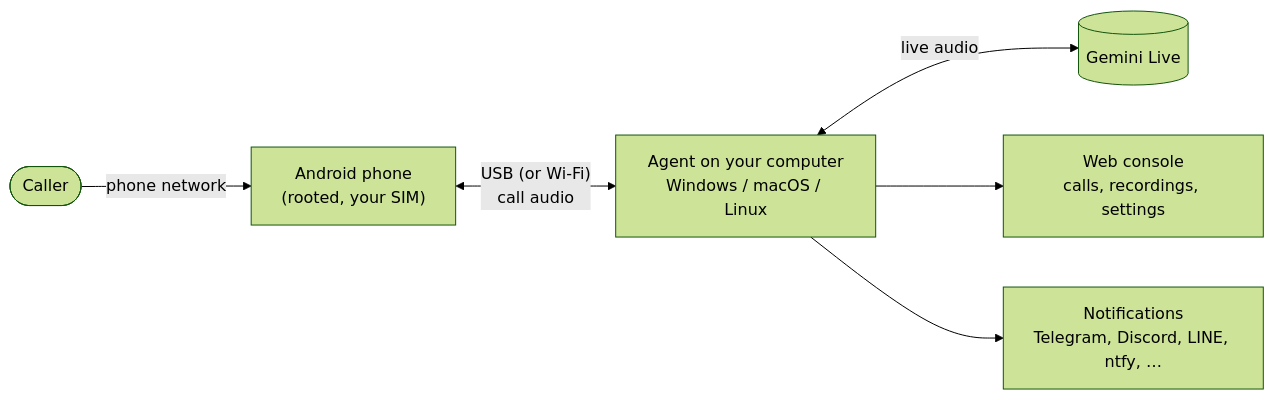
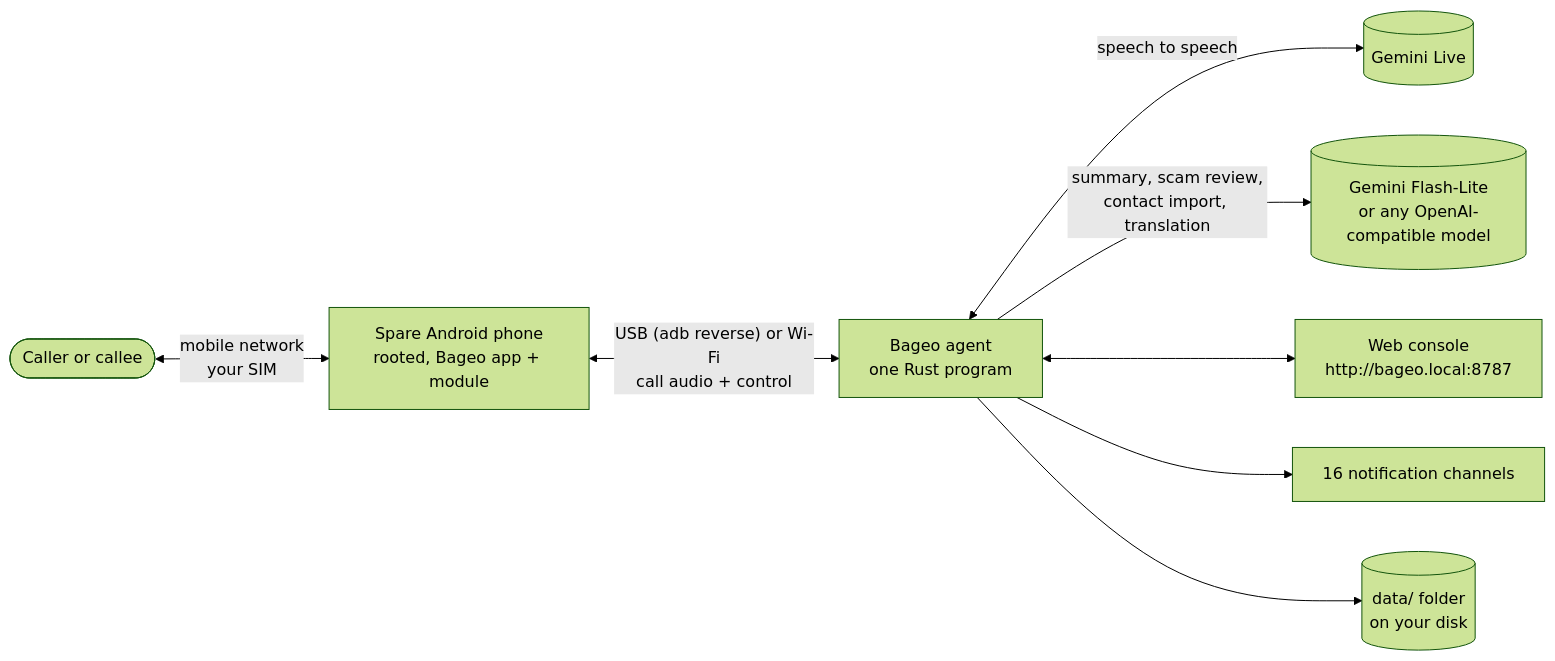
One commit to h4lo-void/bageo-call changed the first of 2 diagrams in README.md. Above: the diagram before and after it, drawn with Mermaid (forest theme). The commit also changed other lines of this file and 47 other files, not shown here.

````diff
--- a/README.md
+++ b/README.md
@@ -25,8 +57,10 @@
 ```mermaid
 flowchart LR
-    caller([Caller]) -- phone network --> phone["Android phone<br/>(rooted, your SIM)"]
-    phone <-- "USB (or Wi-Fi)<br/>call audio" --> agent["Agent on your computer<br/>Windows / macOS / Linux"]
-    agent <-- "live audio" --> gemini[(Gemini Live)]
-    agent --> console["Web console<br/>calls, recordings, settings"]
-    agent --> notify["Notifications<br/>Telegram, Discord, LINE, ntfy, …"]
+    other(["Caller or callee"]) <-- "mobile network<br/>your SIM" --> phone["Spare Android phone<br/>rooted, Bageo app + module"]
+    phone <-- "USB (adb reverse) or Wi-Fi<br/>call audio + control" --> agent["Bageo agent<br/>one Rust program"]
+    agent <-- "speech to speech" --> gemini[("Gemini Live")]
+    agent -- "summary, scam review,<br/>contact import, translation" --> lite[("Gemini Flash-Lite<br/>or any OpenAI-compatible model")]
+    agent <--> console["Web console<br/>http://bageo.local:8787"]
+    agent --> notify["16 notification channels"]
+    agent --> data[("data/ folder<br/>on your disk")]
 ```
````
